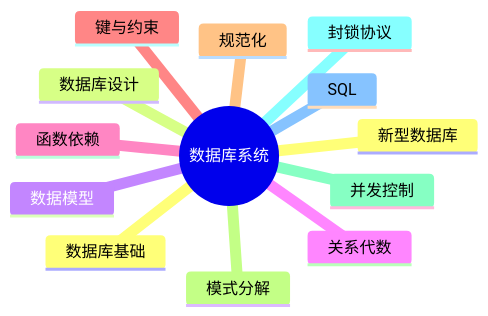
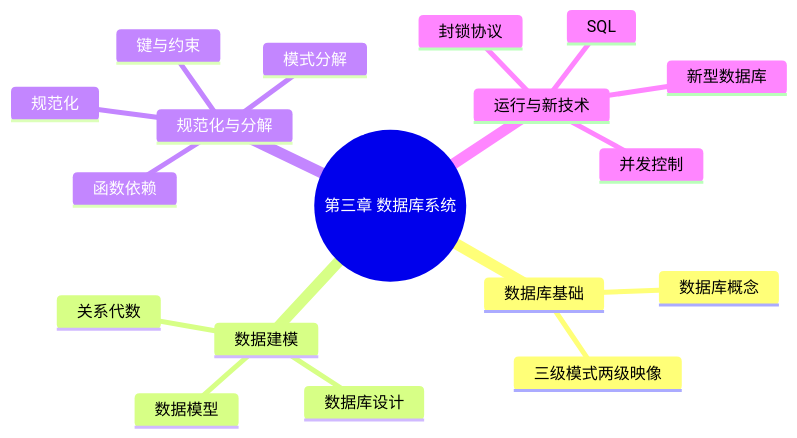
One commit to skylonely/sgao-website changed the diagram in docs/ruankao/system-architect/chapters/chapter-03/17-summary.md. Above: the diagram before and after it, drawn with Mermaid. The commit also changed 39 other files, not shown here.

Commit message:
fix: Mermaid 思维导图

````diff
--- a/docs/ruankao/system-architect/chapters/chapter-03/17-summary.md
+++ b/docs/ruankao/system-architect/chapters/chapter-03/17-summary.md
@@ -28,16 +28,21 @@
 ```mermaid
 mindmap
-  root((数据库系统))
+  root((第三章 数据库系统))
     数据库基础
-    数据库设计
-    数据模型
-    关系代数
-    函数依赖
-    键与约束
-    规范化
-    模式分解
-    并发控制
-    封锁协议
-    SQL
-    新型数据库
+      数据库概念
+      三级模式两级映像
+    数据建模
+      数据库设计
+      数据模型
+      关系代数
+    规范化与分解
+      函数依赖
+      键与约束
+      规范化
+      模式分解
+    运行与新技术
+      并发控制
+      封锁协议
+      SQL
+      新型数据库
 ```
````
